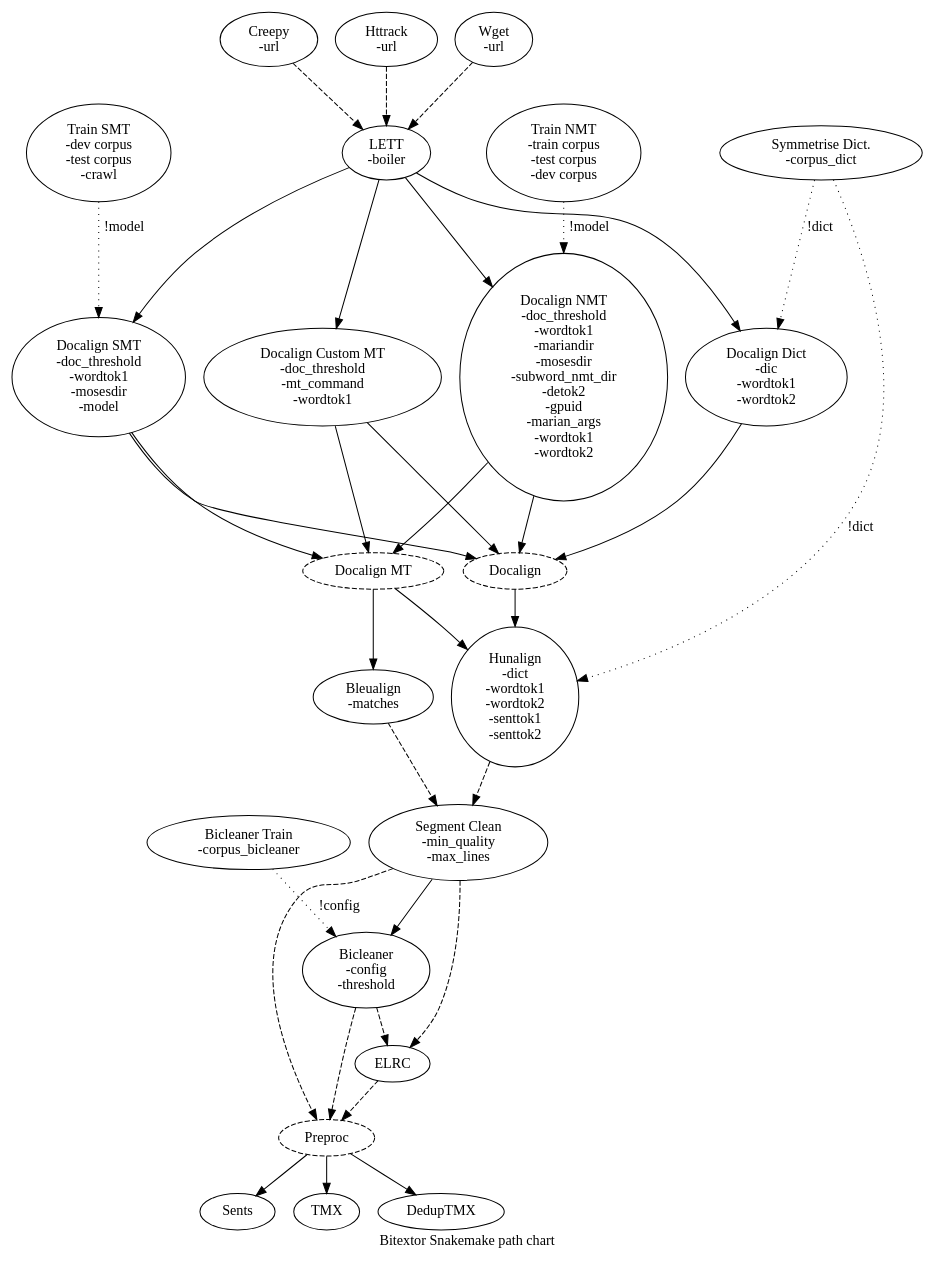
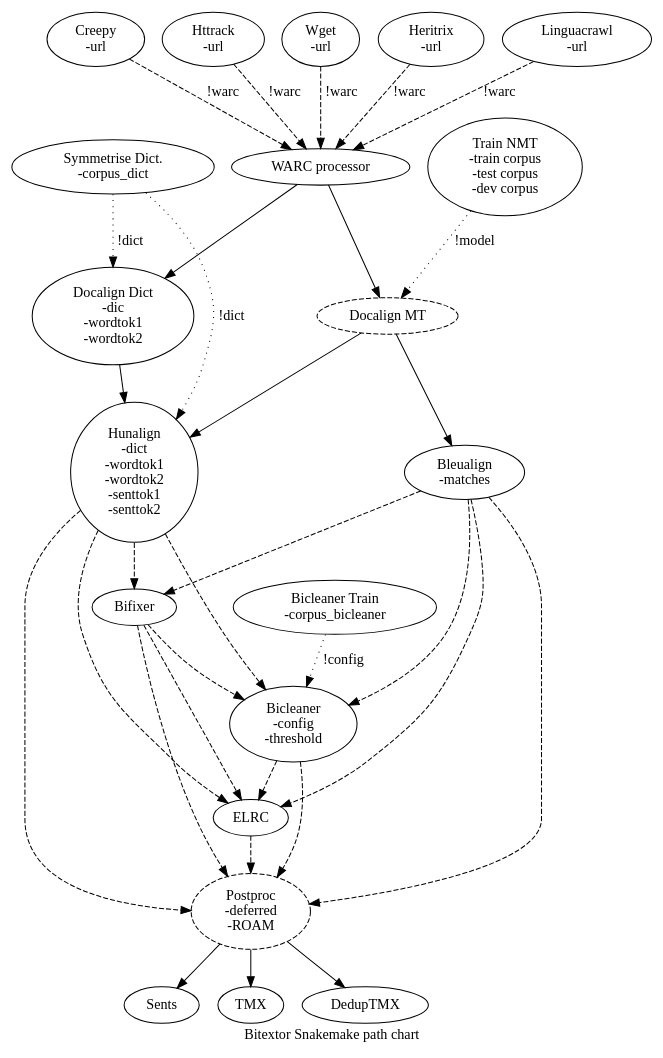
One commit to bitextor/bitextor changed the diagram in img/bitextor-graph.dot. Above: the diagram before and after it, drawn with Graphviz. The commit also changed 5 other files, not shown here.

```diff
--- a/img/bitextor-graph.dot
+++ b/img/bitextor-graph.dot
@@ -1,46 +1,41 @@
 digraph Snakemake {
   label="Bitextor Snakemake path chart"
 
   #Nodes
   Creepy [label="Creepy\n-url"]
   Httrack [label="Httrack\n-url"]
   Wget [label="Wget\n-url"]
-  LETT [label="LETT\n-boiler"]
+  Heritrix [label="Heritrix\n-url"]
+  Linguacrawl [label="Linguacrawl\n-url"]
+  WARCProcess [label="WARC processor"]
   DocalignDict [label="Docalign Dict\n-dic\n-wordtok1\n-wordtok2"]
-  DocalignSMT [label="Docalign SMT\n-doc_threshold\n-wordtok1\n-mosesdir\n-model"]
-  DocalignNMT [label="Docalign NMT\n-doc_threshold\n-wordtok1\n-mariandir\n-mosesdir\n-subword_nmt_dir\n-detok2\n-gpuid\n-marian_args\n-wordtok1\n-wordtok2"]
-  DocalignCustomMT [label="Docalign Custom MT\n-doc_threshold\n-mt_command\n-wordtok1"]
-  TrainSMT [label="Train SMT\n-dev corpus\n-test corpus\n-crawl"]
-  TrainNMT [label="Train NMT\n-train corpus\n-test corpus\n-dev corpus"]
+  DocalignMT [label="Docalign Custom MT\n-doc_threshold\n-mt_command\n-wordtok1"]
+  TrainMT [label="Train NMT\n-train corpus\n-test corpus\n-dev corpus"]
   SymmetriseDic [label="Symmetrise Dict.\n-corpus_dict"]
-  Docalign [style=dashed]
   DocalignMT [label="Docalign MT", style=dashed]
   Hunalign [label="Hunalign\n-dict\n-wordtok1\n-wordtok2\n-senttok1\n-senttok2"]
   Bleualign [label="Bleualign\n-matches"]
-  Segclean [label="Segment Clean\n-min_quality\n-max_lines"]
   Bicleaner [label="Bicleaner\n-config\n-threshold"]
   BicleanerTrain [label="Bicleaner Train\n-corpus_bicleaner"]
   ELRC
-  Preproc [style=dashed]
+  Postproc [label="Postproc\n-deferred\n-ROAM", style=dashed]
+  Bifixer [style=rounded]
   Sents [style=rounded]
   TMX [style=rounded]
   DedupTMX [style=rounded]
 
   #Relations
-  {Creepy,Httrack,Wget} -> LETT [style=dashed]
-  LETT -> {DocalignDict,DocalignSMT,DocalignNMT,DocalignCustomMT}
+  {Creepy,Httrack,Wget,Heritrix,Linguacrawl} -> WARCProcess [label="!warc", style=dashed]
+  WARCProcess -> {DocalignDict,DocalignMT}
   SymmetriseDic -> {DocalignDict,Hunalign} [label="!dict", style=dotted]
-  TrainSMT -> DocalignSMT [label="!model", style=dotted]
-  TrainNMT -> DocalignNMT [label="!model", style=dotted]
-  {DocalignDict,DocalignSMT,DocalignNMT,DocalignCustomMT} -> Docalign
-  {DocalignSMT,DocalignNMT,DocalignCustomMT} -> DocalignMT
-  {Docalign,DocalignMT} -> Hunalign
+  TrainMT -> DocalignMT [label="!model", style=dotted]
+  {DocalignDict,DocalignMT} -> Hunalign
   DocalignMT -> Bleualign
   BicleanerTrain -> Bicleaner [label="!config", style=dotted]
-  {Hunalign,Bleualign} -> Segclean [style=dashed]
-  {Segclean,Bicleaner,ELRC} -> Preproc [style=dashed]
-  {Segclean,Bicleaner} -> ELRC [style=dashed]
-  Segclean -> Bicleaner
-  Preproc -> {Sents,TMX,DedupTMX}
+  {Hunalign,Bleualign} -> Bifixer [style=dashed]
+  {Hunalign,Bleualign,Bifixer} -> Bicleaner [style=dashed]
+  {Hunalign,Bleualign,Bifixer,Bicleaner} -> ELRC [style=dashed]
+  {Hunalign,Bleualign,Bifixer,Bicleaner,ELRC} -> Postproc [style=dashed]
+  Postproc -> {Sents,TMX,DedupTMX}
 
 }
```
